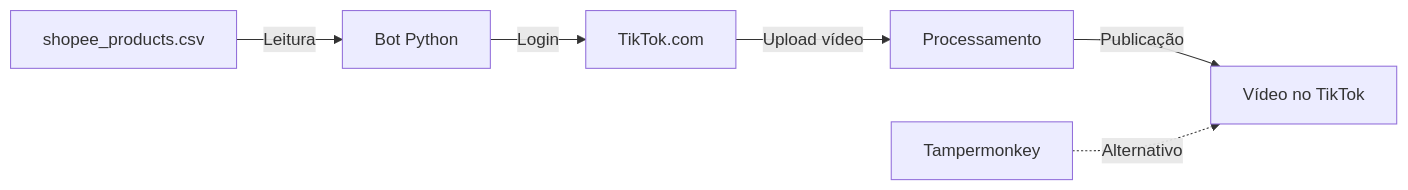
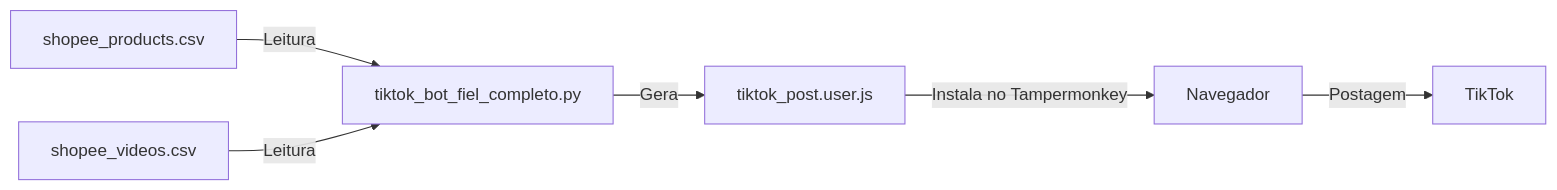
One commit to aletubegames/bestpricetoday changed the diagram in tools/tiktok_post/COMO_USAR.md. Above: the diagram before and after it, drawn with Mermaid. The commit also changed other lines of this file and 126 other files, not shown here.

````diff
--- a/tools/tiktok_post/COMO_USAR.md
+++ b/tools/tiktok_post/COMO_USAR.md
@@ -88,8 +65,8 @@
 ```mermaid
 graph LR
-    A["shopee_products.csv"] -->|Leitura| B["Bot Python"]
-    B -->|Login| C["TikTok.com"]
-    C -->|Upload vídeo| D["Processamento"]
-    D -->|Publicação| E["Vídeo no TikTok"]
-    F["Tampermonkey"] -.->|Alternativo| E
+    A["shopee_products.csv"] -->|Leitura| B["tiktok_bot_fiel_completo.py"]
+    C["shopee_videos.csv"] -->|Leitura| B
+    B -->|Gera| D["tiktok_post.user.js"]
+    D -->|Instala no Tampermonkey| E["Navegador"]
+    E -->|Postagem| F["TikTok"]
 ```
````
